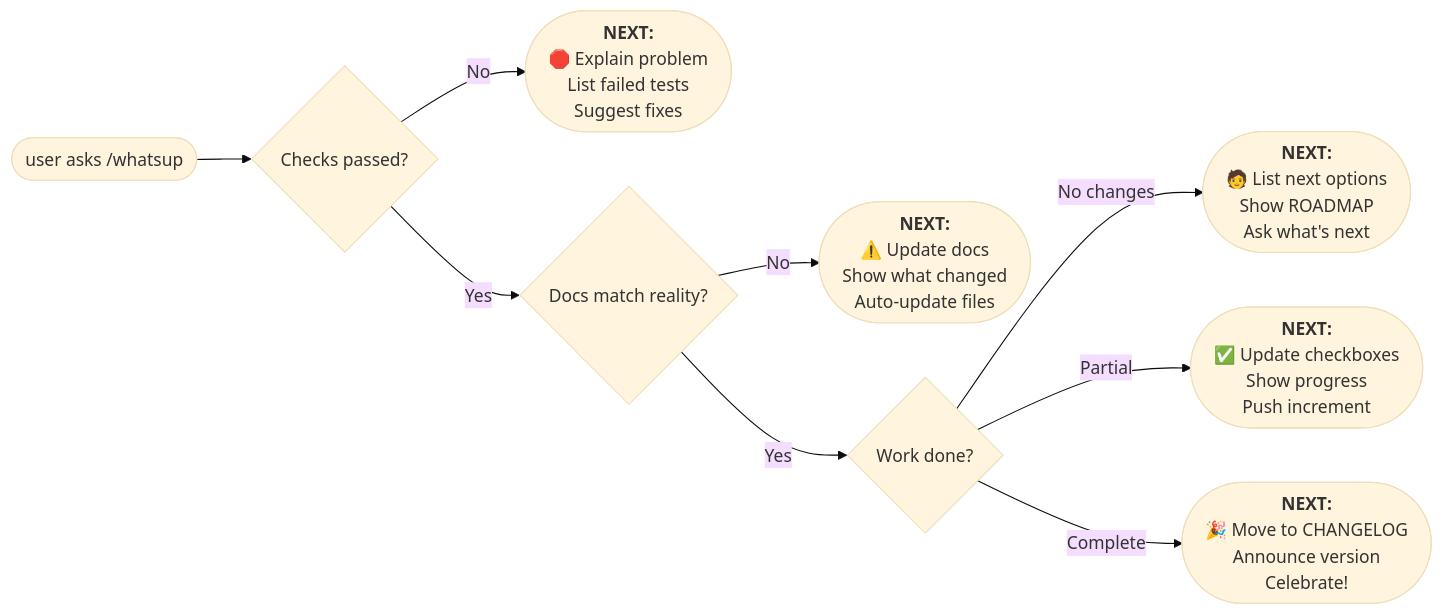
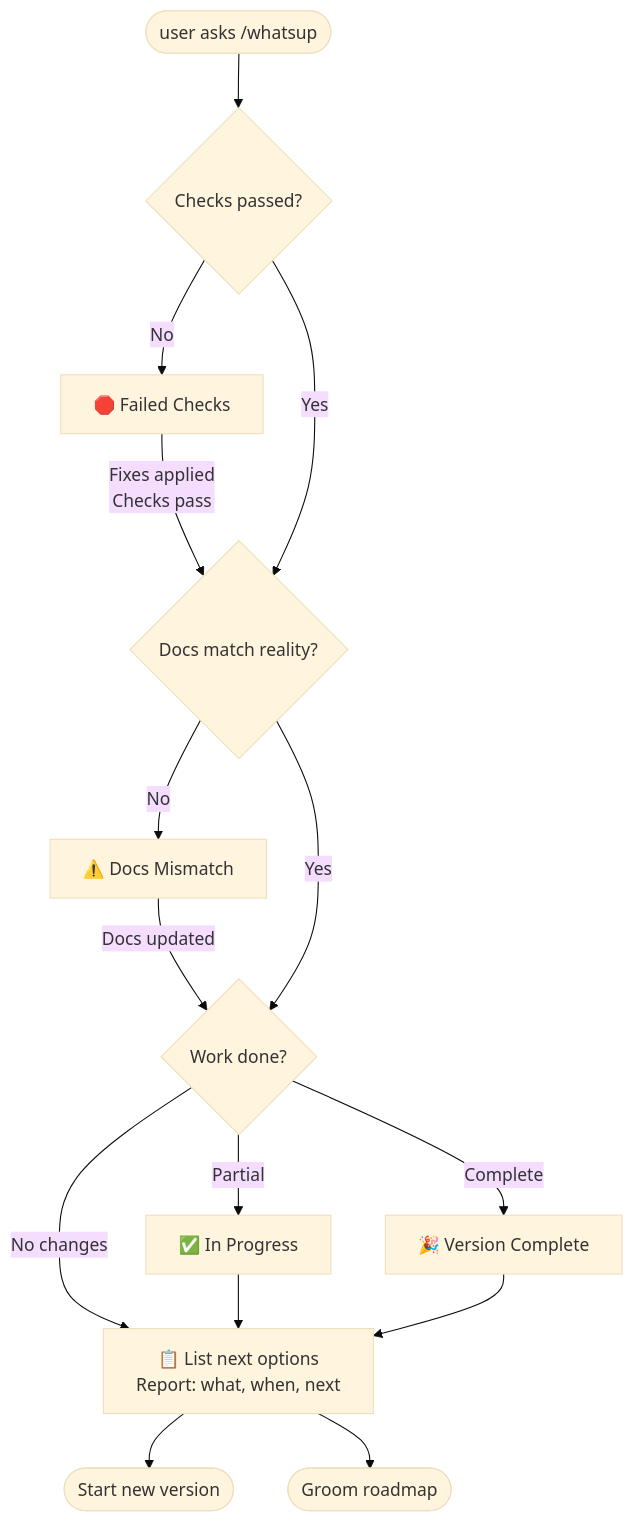
One commit to nonlinear/personal-library changed the second of 2 diagrams in .github/prompts/whatsup.prompt.md. Above: the diagram before and after it, drawn with Mermaid (base theme). The commit also changed other lines of this file and 11 other files, not shown here.

````diff
--- a/.github/prompts/whatsup.prompt.md
+++ b/.github/prompts/whatsup.prompt.md
@@ -365,15 +365,26 @@
 ```mermaid
-flowchart LR
+flowchart TD
     STEP4([user asks /whatsup]) --> CHECK{Checks passed?}
 
-    CHECK -->|No| REPORT1(["<b>NEXT:</b><br>🛑 Explain problem<br/>List failed tests<br/>Suggest fixes"])
+    CHECK -->|No| REPORT1[🛑 Failed Checks]
+    REPORT1 -->|Fixes applied<br/>Checks pass| STABLE
+
     CHECK -->|Yes| STABLE{Docs match reality?}
 
-    STABLE -->|No| REPORT2(["<b>NEXT:</b><br>⚠️ Update docs<br/>Show what changed<br/>Auto-update files"])
+    STABLE -->|No| REPORT2[⚠️ Docs Mismatch]
+    REPORT2 -->|Docs updated| PROGRESS
+
     STABLE -->|Yes| PROGRESS{Work done?}
 
-    PROGRESS -->|No changes| REPORT3(["<b>NEXT:</b><br>🧑 List next options<br/>Show ROADMAP<br/>Ask what's next"])
-    PROGRESS -->|Partial| REPORT4(["<b>NEXT:</b><br>✅ Update checkboxes<br/>Show progress<br/>Push increment"])
-    PROGRESS -->|Complete| REPORT5(["<b>NEXT:</b><br>🎉 Move to CHANGELOG<br/>Announce version<br/>Celebrate!"])
+    PROGRESS -->|No changes| GROOM
+    PROGRESS -->|Partial| REPORT4[✅ In Progress]
+    PROGRESS -->|Complete| REPORT5[🎉 Version Complete]
 
+    REPORT4 --> GROOM
+    REPORT5 --> GROOM
+
+    GROOM[📋 List next options<br/>Report: what, when, next]
+
+    GROOM --> NEXT_VERSION([Start new version])
+    GROOM --> ROADMAP_GROOM([Groom roadmap])
 ```
````
